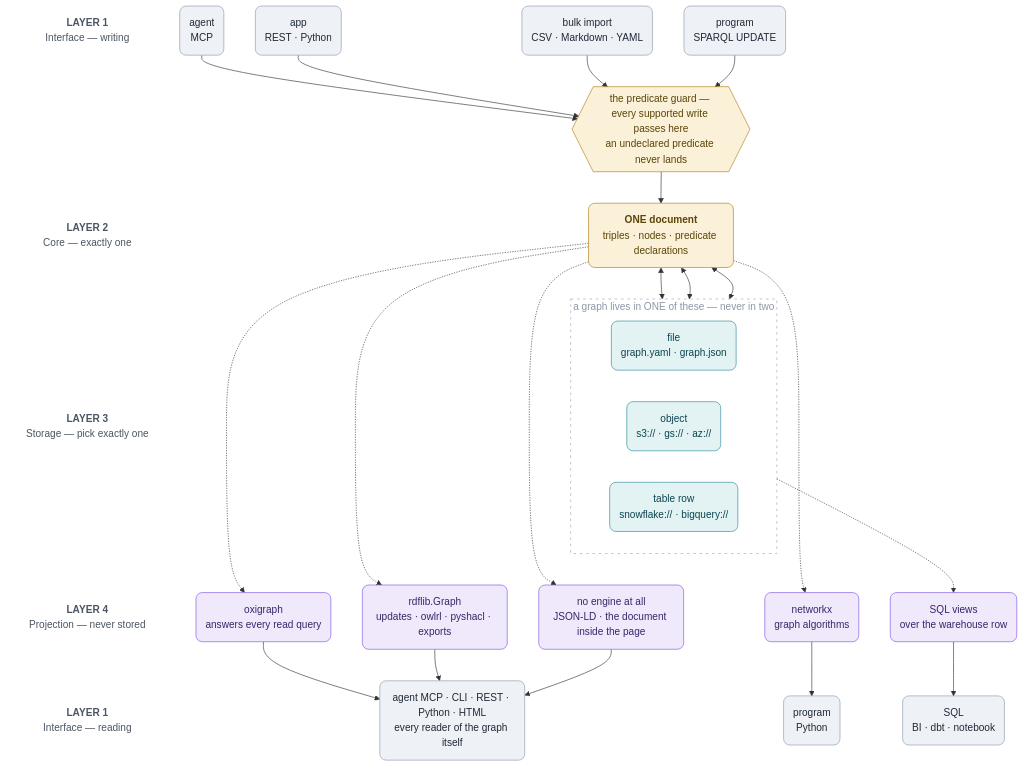
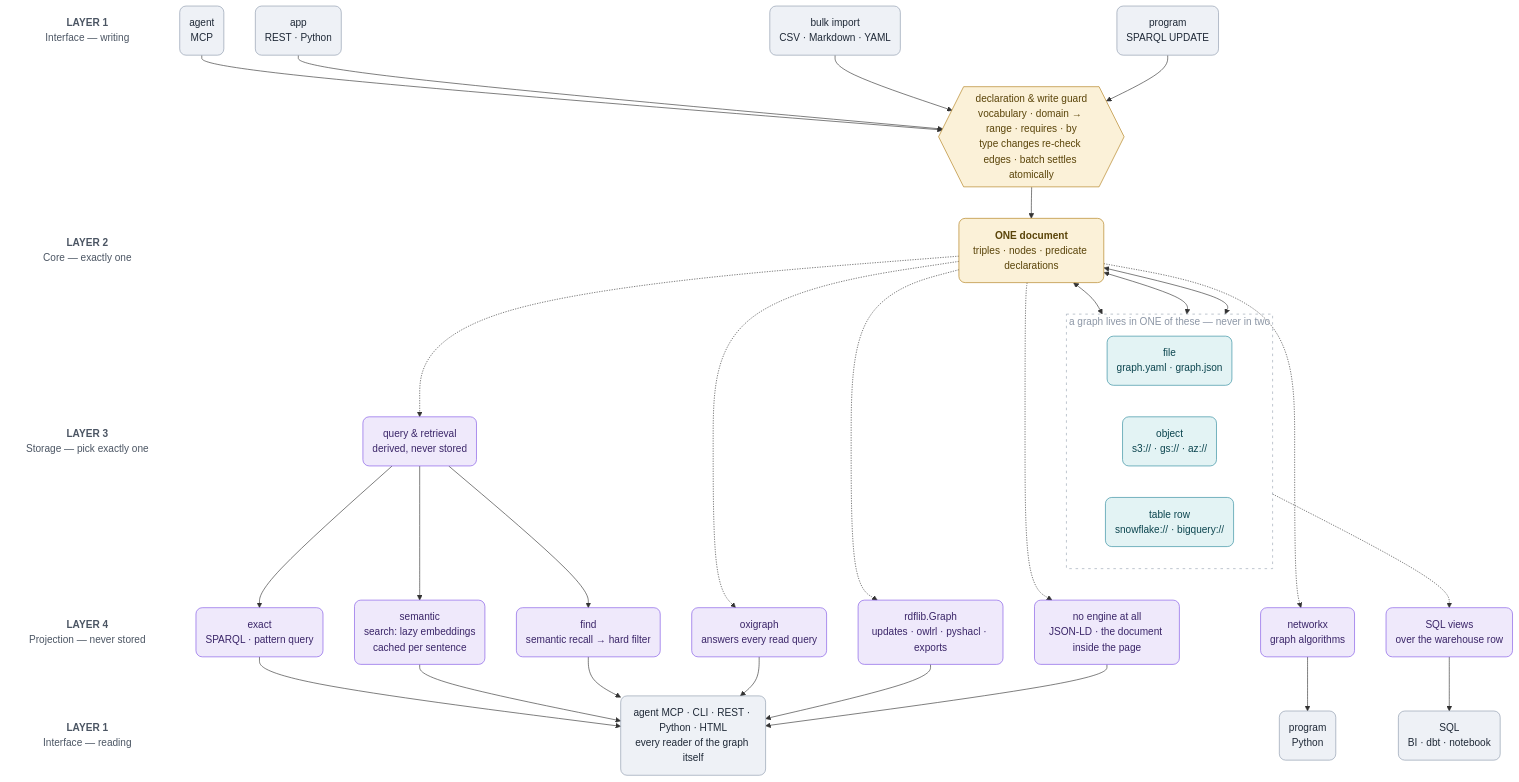
The diagram in docs/ARCHITECTURE.md (RyutoYoda/trikedb), drawn with Mermaid before and after one commit. The commit also changed other lines of this file and 2 other files, not shown here.

Commit message:
docs: show guarded writes and query retrieval layers

````diff
--- a/docs/ARCHITECTURE.md
+++ b/docs/ARCHITECTURE.md
@@ -7,66 +7,77 @@
 ```mermaid
 flowchart TB
     LA["<b>LAYER 1</b><br/>Interface — writing"]
     LG[" "]
     LB["<b>LAYER 2</b><br/>Core — exactly one"]
     LC["<b>LAYER 3</b><br/>Storage — pick exactly one"]
     LD["<b>LAYER 4</b><br/>Projection — never stored"]
     LE["<b>LAYER 1</b><br/>Interface — reading"]
     LA ~~~ LG ~~~ LB ~~~ LC ~~~ LD ~~~ LE
 
     WA("agent<br/>MCP")
     WC("app<br/>REST · Python")
     WI("bulk import<br/>CSV · Markdown · YAML")
     WP("program<br/>SPARQL UPDATE")
-    G{{"the predicate guard — every supported write passes here<br/>an undeclared predicate never lands"}}
+    G{{"declaration & write guard<br/>vocabulary · domain → range · requires · by<br/>type changes re-check edges · batch settles atomically"}}
     C("<b>ONE document</b><br/>triples · nodes · predicate declarations")
     subgraph pick["a graph lives in ONE of these — never in two"]
         direction LR
         SF("file<br/>graph.yaml · graph.json")
         SO("object<br/>s3:// · gs:// · az://")
         SW("table row<br/>snowflake:// · bigquery://")
     end
     PO("oxigraph<br/>answers every read query")
     PR("rdflib.Graph<br/>updates · owlrl · pyshacl · exports")
     PN("networkx<br/>graph algorithms")
     PV("SQL views<br/>over the warehouse row")
     PD("no engine at all<br/>JSON-LD · the document inside the page")
+    Q("query & retrieval<br/>derived, never stored")
+    QE("exact<br/>SPARQL · pattern query")
+    QS("semantic<br/>search: lazy embeddings<br/>cached per sentence")
+    QF("find<br/>semantic recall → hard filter")
     RQ("agent MCP · CLI · REST · Python · HTML<br/>every reader of the graph itself")
     RG("program<br/>Python")
     RS("SQL<br/>BI · dbt · notebook")
 
     WA --> G
     WC --> G
     WI --> G
     WP --> G
     G --> C
     C <--> SF
     C <--> SO
     C <--> SW
     SF ~~~ PO
     SF ~~~ PR
     SO ~~~ PN
     SW -.-> PV
     SW ~~~ PD
     C -.-> PO
     C -.-> PR
     C -.-> PN
     C -.-> PD
+    C -.-> Q
+    Q --> QE
+    Q --> QS
+    Q --> QF
+    QE --> RQ
+    QS --> RQ
+    QF --> RQ
     PO --> RQ
     PR --> RQ
     PN --> RG
     PV --> RS
     PD --> RQ
 
     style pick fill:none,stroke:#9aa4b3,stroke-width:1px,stroke-dasharray:4 6,color:#8d97a6
     classDef lbl fill:none,stroke:none,color:#4b5563
     classDef iface fill:#eef1f6,stroke:#8d9aad,color:#1f2937,rx:10,ry:10
     classDef core fill:#fbf1d8,stroke:#b07d17,color:#5a4409,rx:10,ry:10
     classDef store fill:#e3f3f4,stroke:#2b8a9c,color:#0c454f,rx:10,ry:10
     classDef proj fill:#efe9fb,stroke:#8055e6,color:#3a2568,rx:10,ry:10
     class LA,LG,LB,LC,LD,LE lbl
     class WA,WC,WI,WP,RQ,RG,RS iface
     class C,G core
     class SF,SO,SW store
-    class PO,PR,PN,PV,PD proj
+    class PO,PR,PN,PV,PD,Q,QE,QS,QF proj
 ```
````
